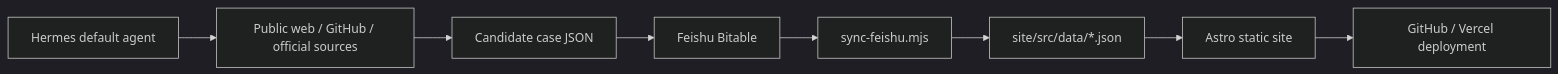
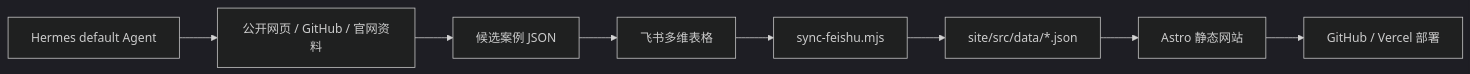
The diagram in README.md (AL549984/model), drawn with Mermaid (dark theme) before and after one commit. The commit also changed other lines of this file, not shown here.

````diff
--- a/README.md
+++ b/README.md
@@ -25,10 +25,10 @@
 ```mermaid
 flowchart LR
-  A["Hermes default agent"] --> B["Public web / GitHub / official sources"]
-  B --> C["Candidate case JSON"]
-  C --> D["Feishu Bitable"]
+  A["Hermes default Agent"] --> B["公开网页 / GitHub / 官网资料"]
+  B --> C["候选案例 JSON"]
+  C --> D["飞书多维表格"]
   D --> E["sync-feishu.mjs"]
   E --> F["site/src/data/*.json"]
-  F --> G["Astro static site"]
-  G --> H["GitHub / Vercel deployment"]
+  F --> G["Astro 静态网站"]
+  G --> H["GitHub / Vercel 部署"]
 ```
````
